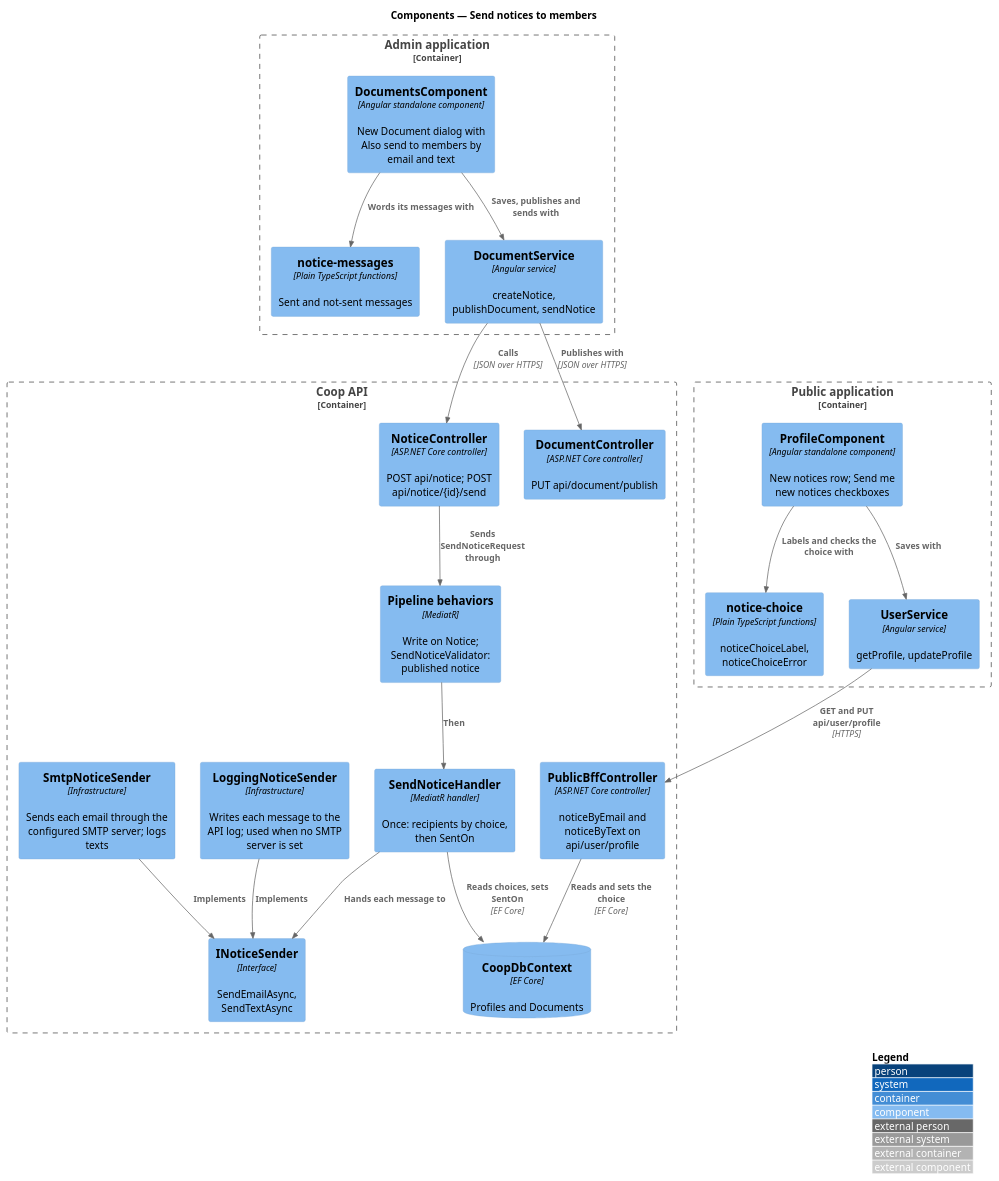
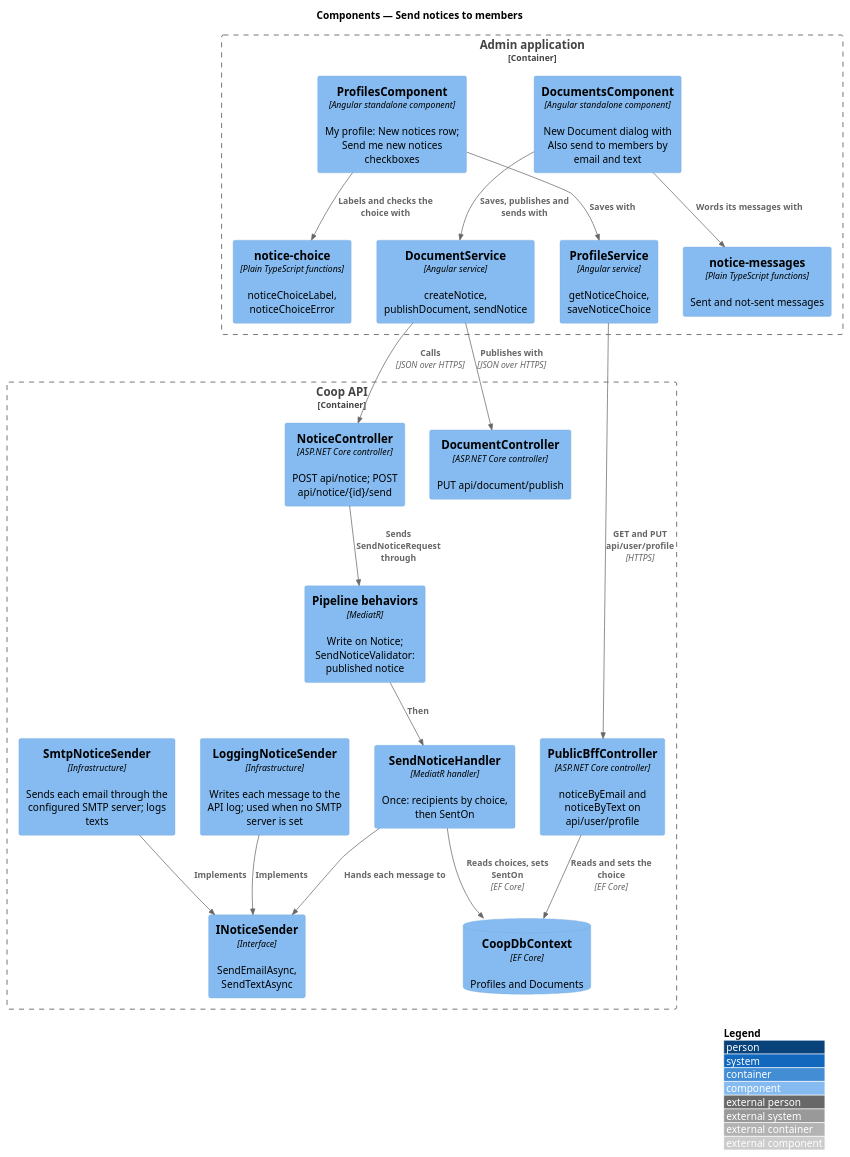
Before and after one commit to QuinntyneBrown/Coop: the diagram in docs/detailed-designs/admin-app/send-notices/diagrams/c4-component.puml, drawn with PlantUML. The commit also changed 26 other files, not shown here.

```diff
--- a/docs/detailed-designs/admin-app/send-notices/diagrams/c4-component.puml
+++ b/docs/detailed-designs/admin-app/send-notices/diagrams/c4-component.puml
@@ -1,41 +1,39 @@
 @startuml
 !include <C4/C4_Component>
 LAYOUT_WITH_LEGEND()
 title Components — Send notices to members
 
 Container_Boundary(adminApp, "Admin application") {
   Component(documents, "DocumentsComponent", "Angular standalone component", "New Document dialog with Also send to members by email and text")
   Component(messages, "notice-messages", "Plain TypeScript functions", "Sent and not-sent messages")
   Component(documentService, "DocumentService", "Angular service", "createNotice, publishDocument, sendNotice")
-}
-Container_Boundary(publicApp, "Public application") {
-  Component(profile, "ProfileComponent", "Angular standalone component", "New notices row; Send me new notices checkboxes")
+  Component(profile, "ProfilesComponent", "Angular standalone component", "My profile: New notices row; Send me new notices checkboxes")
   Component(choice, "notice-choice", "Plain TypeScript functions", "noticeChoiceLabel, noticeChoiceError")
-  Component(profileService, "UserService", "Angular service", "getProfile, updateProfile")
+  Component(profileService, "ProfileService", "Angular service", "getNoticeChoice, saveNoticeChoice")
 }
 Container_Boundary(api, "Coop API") {
   Component(bff, "PublicBffController", "ASP.NET Core controller", "noticeByEmail and noticeByText on api/user/profile")
   Component(noticeController, "NoticeController", "ASP.NET Core controller", "POST api/notice; POST api/notice/{id}/send")
   Component(documentController, "DocumentController", "ASP.NET Core controller", "PUT api/document/publish")
   Component(pipeline, "Pipeline behaviors", "MediatR", "Write on Notice; SendNoticeValidator: published notice")
   Component(handler, "SendNoticeHandler", "MediatR handler", "Once: recipients by choice, then SentOn")
   Component(sender, "INoticeSender", "Interface", "SendEmailAsync, SendTextAsync")
   Component(logSender, "LoggingNoticeSender", "Infrastructure", "Writes each message to the API log; used when no SMTP server is set")
   Component(smtpSender, "SmtpNoticeSender", "Infrastructure", "Sends each email through the configured SMTP server; logs texts")
   ComponentDb(db, "CoopDbContext", "EF Core", "Profiles and Documents")
 }
 Rel(documents, messages, "Words its messages with")
 Rel(documents, documentService, "Saves, publishes and sends with")
 Rel(documentService, noticeController, "Calls", "JSON over HTTPS")
 Rel(documentService, documentController, "Publishes with", "JSON over HTTPS")
 Rel(profile, choice, "Labels and checks the choice with")
 Rel(profile, profileService, "Saves with")
 Rel(profileService, bff, "GET and PUT api/user/profile", "HTTPS")
 Rel(noticeController, pipeline, "Sends SendNoticeRequest through")
 Rel(pipeline, handler, "Then")
 Rel(handler, db, "Reads choices, sets SentOn", "EF Core")
 Rel(handler, sender, "Hands each message to")
 Rel(logSender, sender, "Implements")
 Rel(smtpSender, sender, "Implements")
 Rel(bff, db, "Reads and sets the choice", "EF Core")
 @enduml
```
